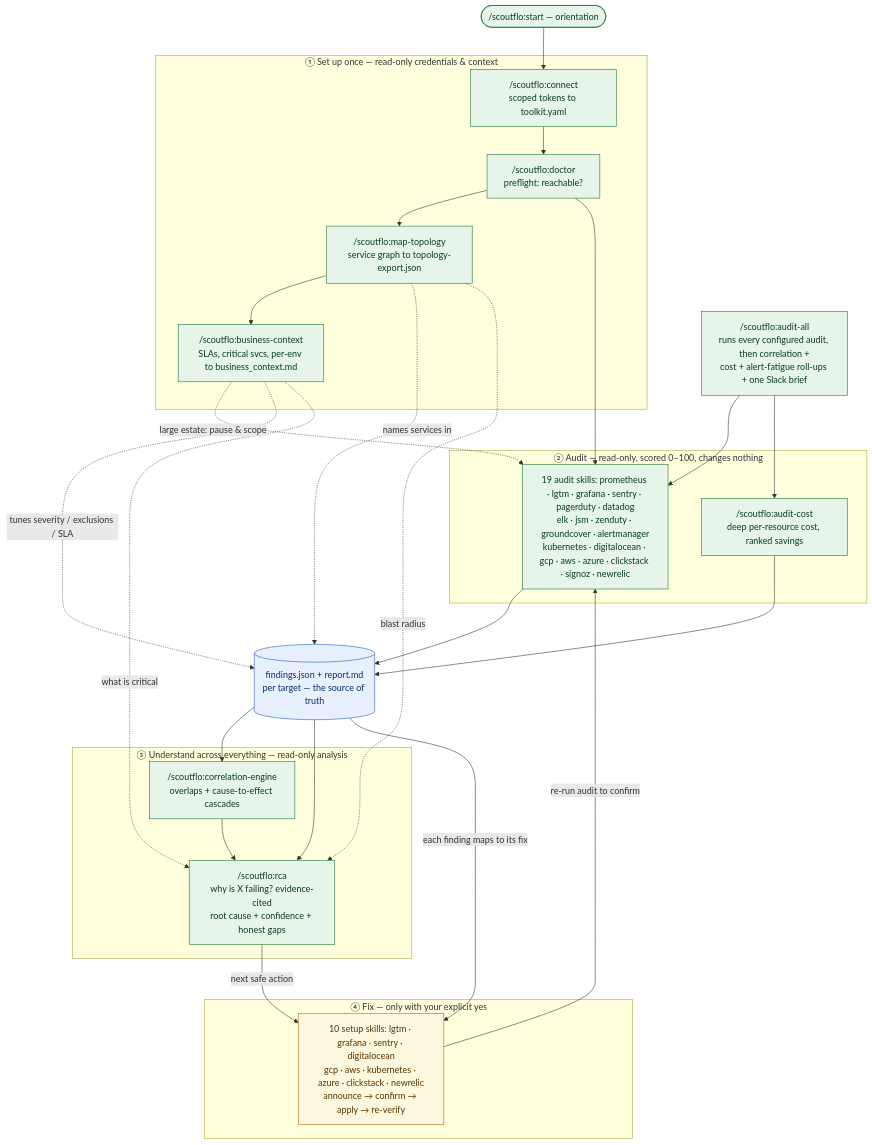
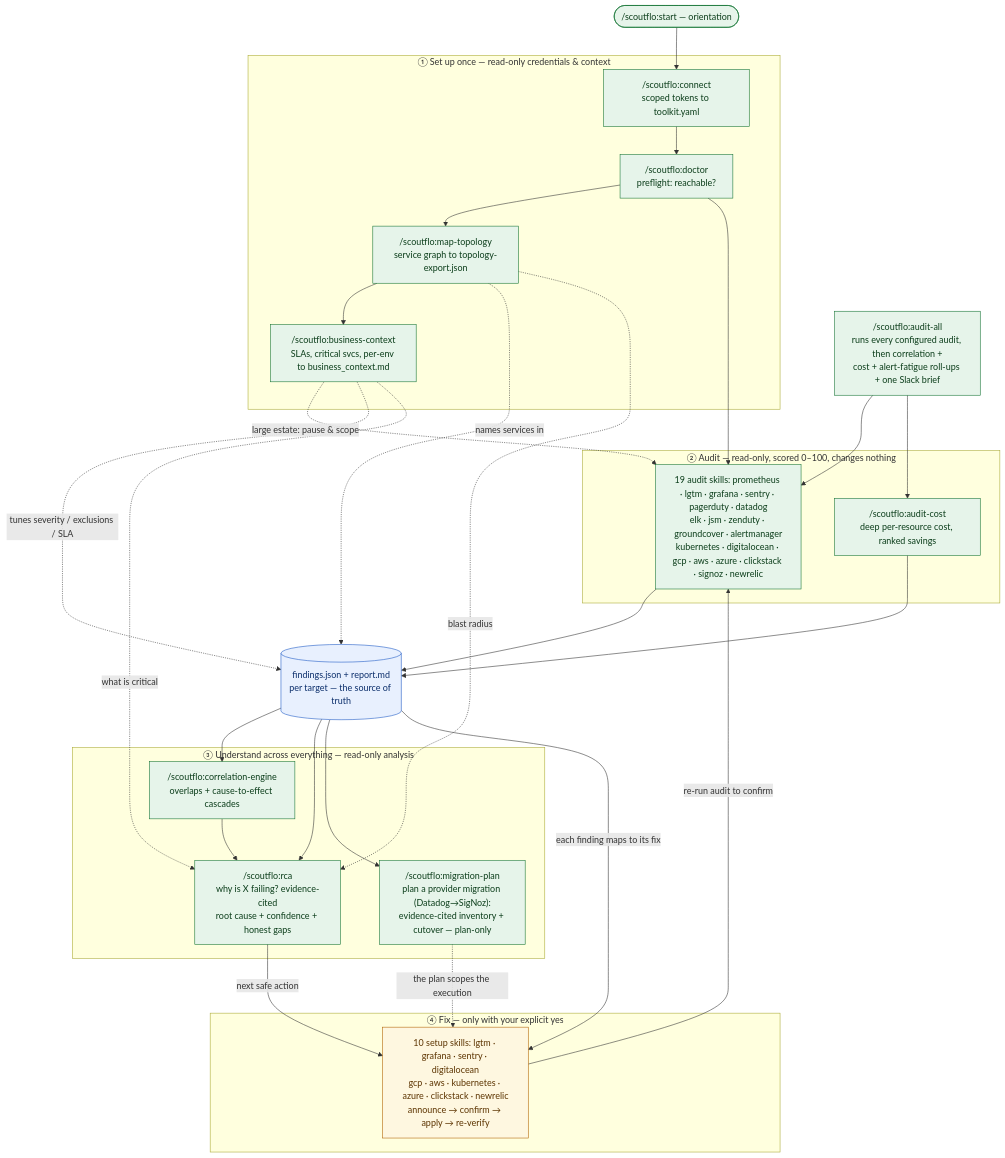
The diagram in README.md (Scoutflo/ai-readiness), drawn with Mermaid before and after one commit. The commit also changed other lines of this file and 6 other files, not shown here.

````diff
--- a/README.md
+++ b/README.md
@@ -16,54 +16,57 @@
 ```mermaid
 flowchart TD
     start(["/scoutflo:start — orientation"])
 
     subgraph SETUP["① Set up once — read-only credentials & context"]
         connect["/scoutflo:connect<br/>scoped tokens to toolkit.yaml"]
         doctor["/scoutflo:doctor<br/>preflight: reachable?"]
         topo["/scoutflo:map-topology<br/>service graph to topology-export.json"]
         bctx["/scoutflo:business-context<br/>SLAs, critical svcs, per-env to business_context.md"]
     end
 
     subgraph AUDIT["② Audit — read-only, scored 0–100, changes nothing"]
         aud["19 audit skills: prometheus · lgtm · grafana · sentry · pagerduty · datadog<br/>elk · jsm · zenduty · groundcover · alertmanager<br/>kubernetes · digitalocean · gcp · aws · azure · clickstack · signoz · newrelic"]
         cost["/scoutflo:audit-cost<br/>deep per-resource cost, ranked savings"]
     end
 
     all["/scoutflo:audit-all<br/>runs every configured audit, then correlation +<br/>cost + alert-fatigue roll-ups + one Slack brief"]
     findings[("findings.json + report.md<br/>per target — the source of truth")]
 
     subgraph CORRELATE["③ Understand across everything — read-only analysis"]
         corr["/scoutflo:correlation-engine<br/>overlaps + cause-to-effect cascades"]
         rca["/scoutflo:rca<br/>why is X failing? evidence-cited<br/>root cause + confidence + honest gaps"]
+        mig["/scoutflo:migration-plan<br/>plan a provider migration (Datadog→SigNoz):<br/>evidence-cited inventory + cutover — plan-only"]
     end
 
     subgraph FIX["④ Fix — only with your explicit yes"]
         setup["10 setup skills: lgtm · grafana · sentry · digitalocean<br/>gcp · aws · kubernetes · azure · clickstack · newrelic<br/>announce → confirm → apply → re-verify"]
     end
 
     start --> connect --> doctor
     doctor --> topo --> bctx
     bctx -.->|large estate: pause & scope| aud
     doctor --> aud
     aud --> findings
     cost --> findings
     all --> aud
     all --> cost
     topo -. names services in .-> findings
     bctx -. tunes severity / exclusions / SLA .-> findings
     findings --> corr
     corr --> rca
     topo -. blast radius .-> rca
     bctx -. what is critical .-> rca
     findings --> rca
+    findings --> mig
+    mig -.->|the plan scopes the execution| setup
     rca -->|next safe action| setup
     findings -->|each finding maps to its fix| setup
     setup -->|re-run audit to confirm| aud
 
     classDef ro fill:#e6f4ea,stroke:#137333,color:#0b3d1a;
     classDef write fill:#fef7e0,stroke:#b06000,color:#5c3400;
     classDef data fill:#e8f0fe,stroke:#1a56c4,color:#0b2e6b;
-    class start,connect,doctor,topo,bctx,aud,cost,all,corr,rca ro;
+    class start,connect,doctor,topo,bctx,aud,cost,all,corr,rca,mig ro;
     class setup write;
     class findings data;
 ```
````
